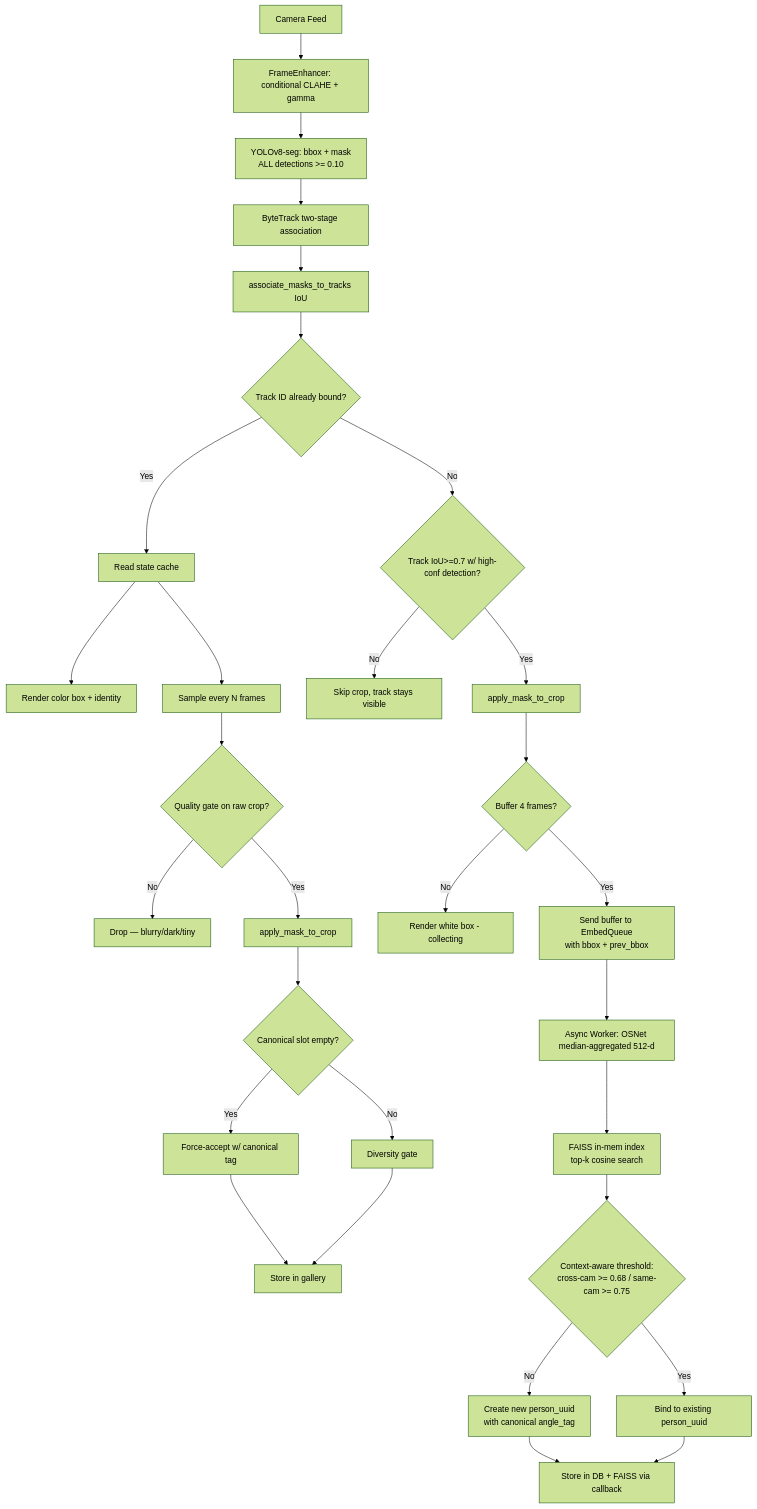
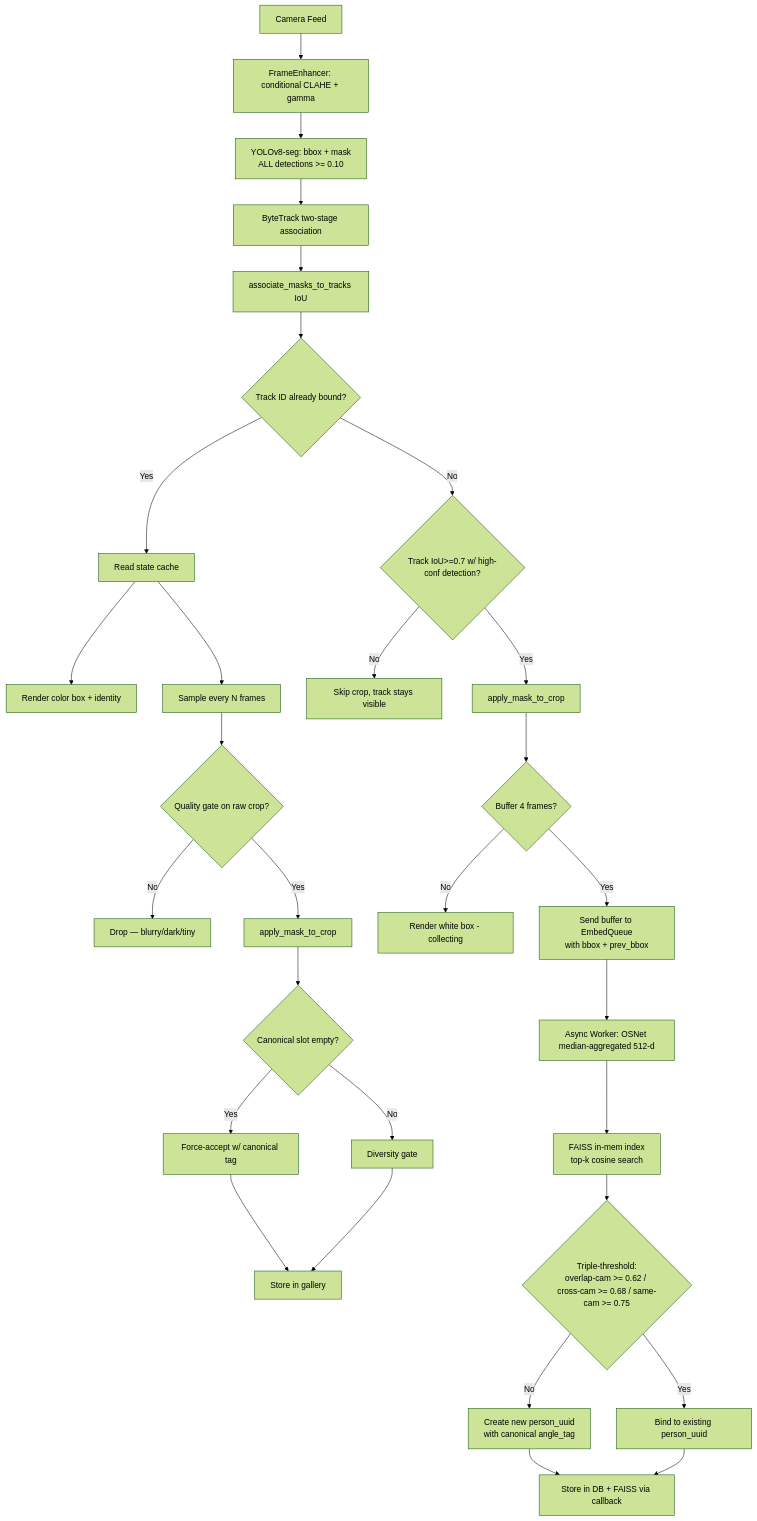
One commit to Zyad29-Sag/Graduation-Project-2026 changed the diagram in SURVEILLANT_ARCHITECTURE_REPORT.md. Above: the diagram before and after it, drawn with Mermaid (forest theme). The commit also changed other lines of this file and 5 other files, not shown here.

````diff
--- a/SURVEILLANT_ARCHITECTURE_REPORT.md
+++ b/SURVEILLANT_ARCHITECTURE_REPORT.md
@@ -259,35 +271,35 @@
 ```mermaid
 graph TD;
     A[Camera Feed] --> A1[FrameEnhancer: conditional CLAHE + gamma];
     A1 --> B[YOLOv8-seg: bbox + mask<br/>ALL detections >= 0.10];
     B --> C[ByteTrack two-stage association];
     C --> C1[associate_masks_to_tracks IoU];
     C1 --> D{Track ID already bound?};
 
     D -- Yes --> E[Read state cache];
     E --> F[Render color box + identity];
     E --> G[Sample every N frames];
     G --> G1{Quality gate on raw crop?};
     G1 -- No --> G2[Drop — blurry/dark/tiny];
     G1 -- Yes --> G3[apply_mask_to_crop];
     G3 --> G4{Canonical slot empty?};
     G4 -- Yes --> H1[Force-accept w/ canonical tag];
     G4 -- No --> H2[Diversity gate];
     H1 --> H[Store in gallery];
     H2 --> H;
 
     D -- No --> Q0{Track IoU>=0.7 w/ high-conf detection?};
     Q0 -- No --> Q0b[Skip crop, track stays visible];
     Q0 -- Yes --> Q1[apply_mask_to_crop];
     Q1 --> I{Buffer 4 frames?};
     I -- No --> J[Render white box - collecting];
     I -- Yes --> K[Send buffer to EmbedQueue<br/>with bbox + prev_bbox];
 
     K --> L[Async Worker: OSNet median-aggregated 512-d];
     L --> LF[FAISS in-mem index<br/>top-k cosine search];
-    LF --> M{Context-aware threshold:<br/>cross-cam >= 0.68 / same-cam >= 0.75};
+    LF --> M{Triple-threshold:<br/>overlap-cam >= 0.62 / cross-cam >= 0.68 / same-cam >= 0.75};
     M -- Yes --> N[Bind to existing person_uuid];
     M -- No --> O[Create new person_uuid<br/>with canonical angle_tag];
     O --> P[Store in DB + FAISS via callback];
     N --> P;
 ```
````
